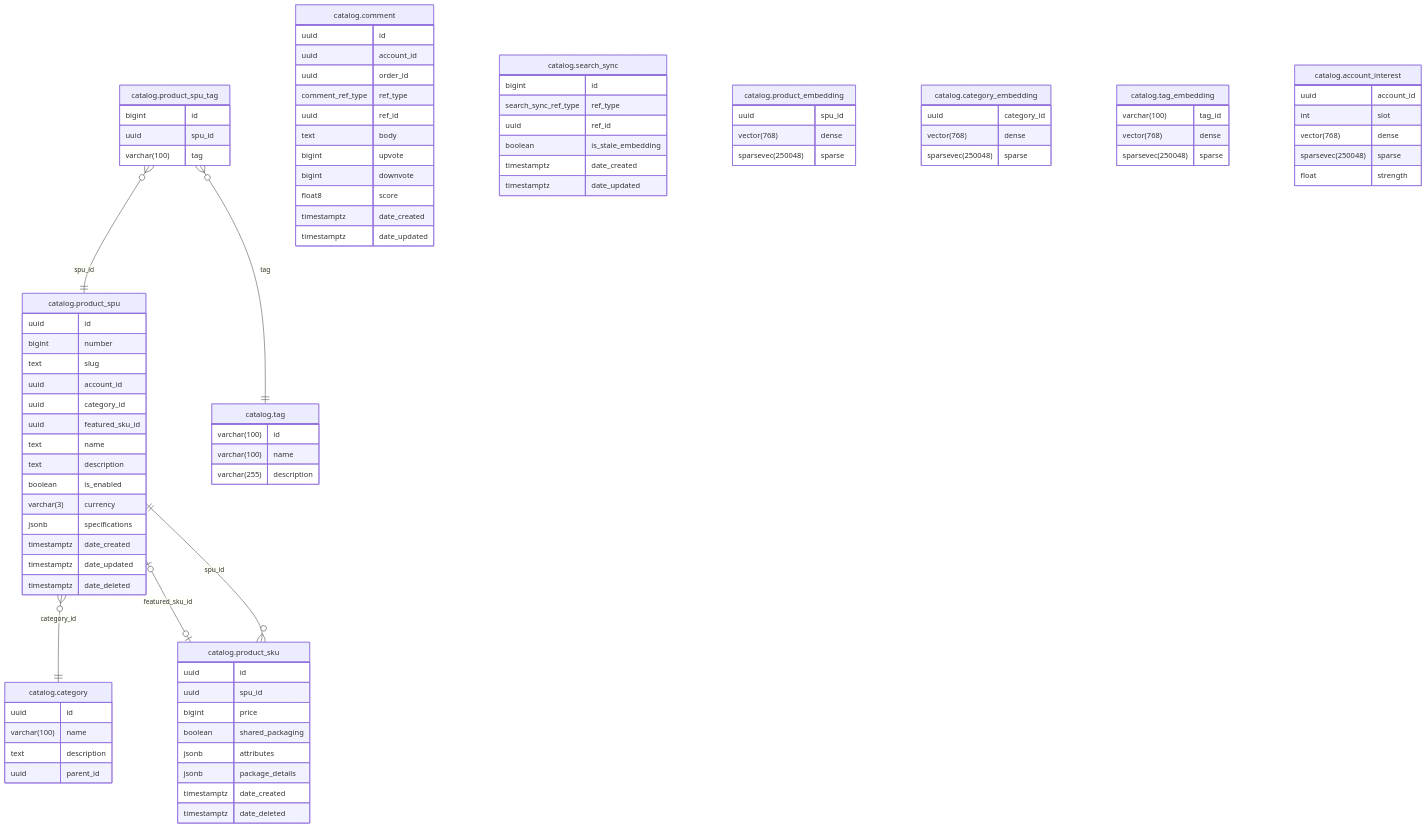
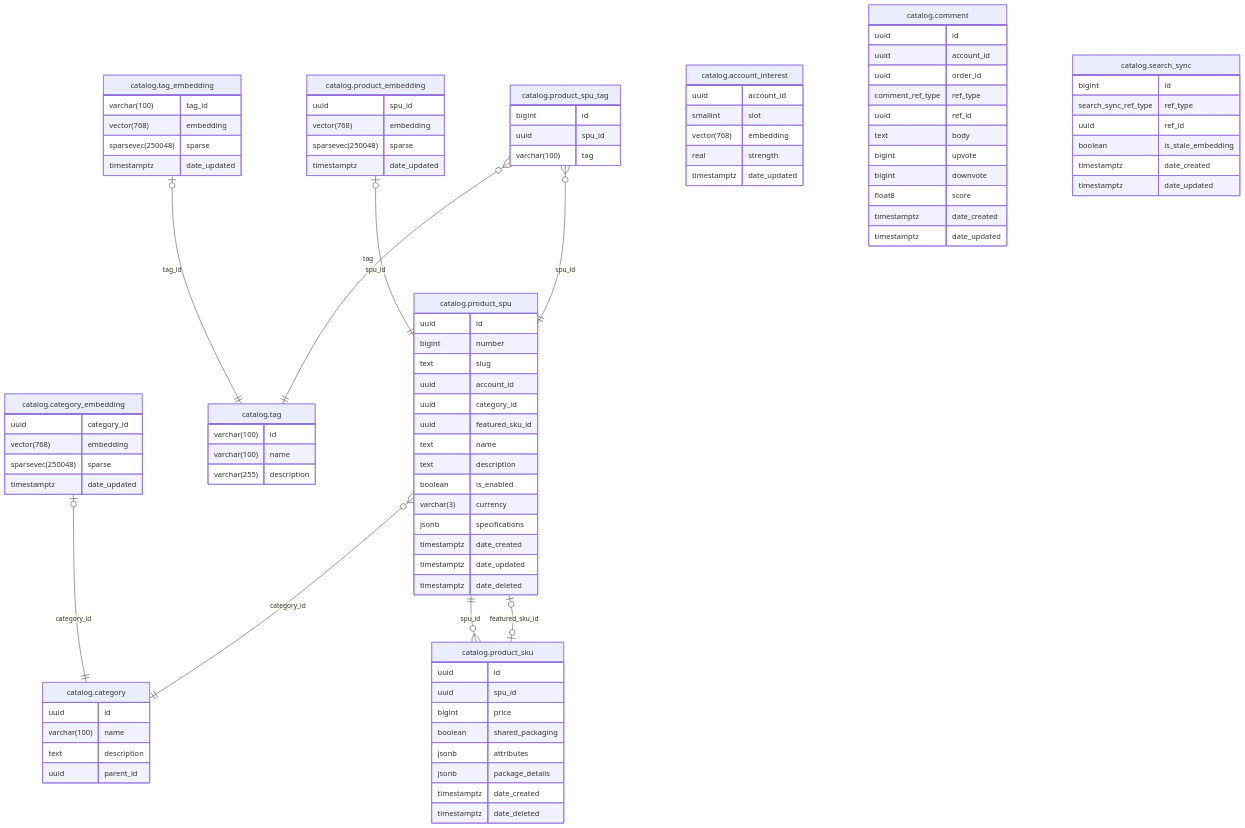
Before and after one commit to shopnexus/shopnexus-remastered: the diagram in internal/module/catalog/README.md, drawn with Mermaid. The commit also changed 50 other files, not shown here.

````diff
--- a/internal/module/catalog/README.md
+++ b/internal/module/catalog/README.md
@@ -12,12 +12,28 @@
 "catalog.product_sku" }o--|| "catalog.product_spu" : "spu_id"
 "catalog.product_spu_tag" }o--|| "catalog.product_spu" : "spu_id"
 "catalog.product_spu_tag" }o--|| "catalog.tag" : "tag"
+"catalog.product_embedding" |o--|| "catalog.product_spu" : "spu_id"
+"catalog.category_embedding" |o--|| "catalog.category" : "category_id"
+"catalog.tag_embedding" |o--|| "catalog.tag" : "tag_id"
 
+"catalog.account_interest" {
+  uuid account_id
+  smallint slot
+  vector(768) embedding
+  real strength
+  timestamptz date_updated
+}
 "catalog.category" {
   uuid id
   varchar(100) name
   text description
   uuid parent_id
+}
+"catalog.category_embedding" {
+  uuid category_id
+  vector(768) embedding
+  sparsevec(250048) sparse
+  timestamptz date_updated
 }
 "catalog.comment" {
   uuid id
@@ -30,6 +46,12 @@
   bigint downvote
   float8 score
   timestamptz date_created
+  timestamptz date_updated
+}
+"catalog.product_embedding" {
+  uuid spu_id
+  vector(768) embedding
+  sparsevec(250048) sparse
   timestamptz date_updated
 }
 "catalog.product_sku" {
@@ -71,31 +93,15 @@
   timestamptz date_created
   timestamptz date_updated
 }
-"catalog.product_embedding" {
-  uuid spu_id
-  vector(768) dense
-  sparsevec(250048) sparse
-}
-"catalog.category_embedding" {
-  uuid category_id
-  vector(768) dense
-  sparsevec(250048) sparse
-}
-"catalog.tag_embedding" {
-  varchar(100) tag_id
-  vector(768) dense
-  sparsevec(250048) sparse
-}
-"catalog.account_interest" {
-  uuid account_id
-  int slot
-  vector(768) dense
-  sparsevec(250048) sparse
-  float strength
-}
 "catalog.tag" {
   varchar(100) id
   varchar(100) name
   varchar(255) description
 }
+"catalog.tag_embedding" {
+  varchar(100) tag_id
+  vector(768) embedding
+  sparsevec(250048) sparse
+  timestamptz date_updated
+}
 ```
````
